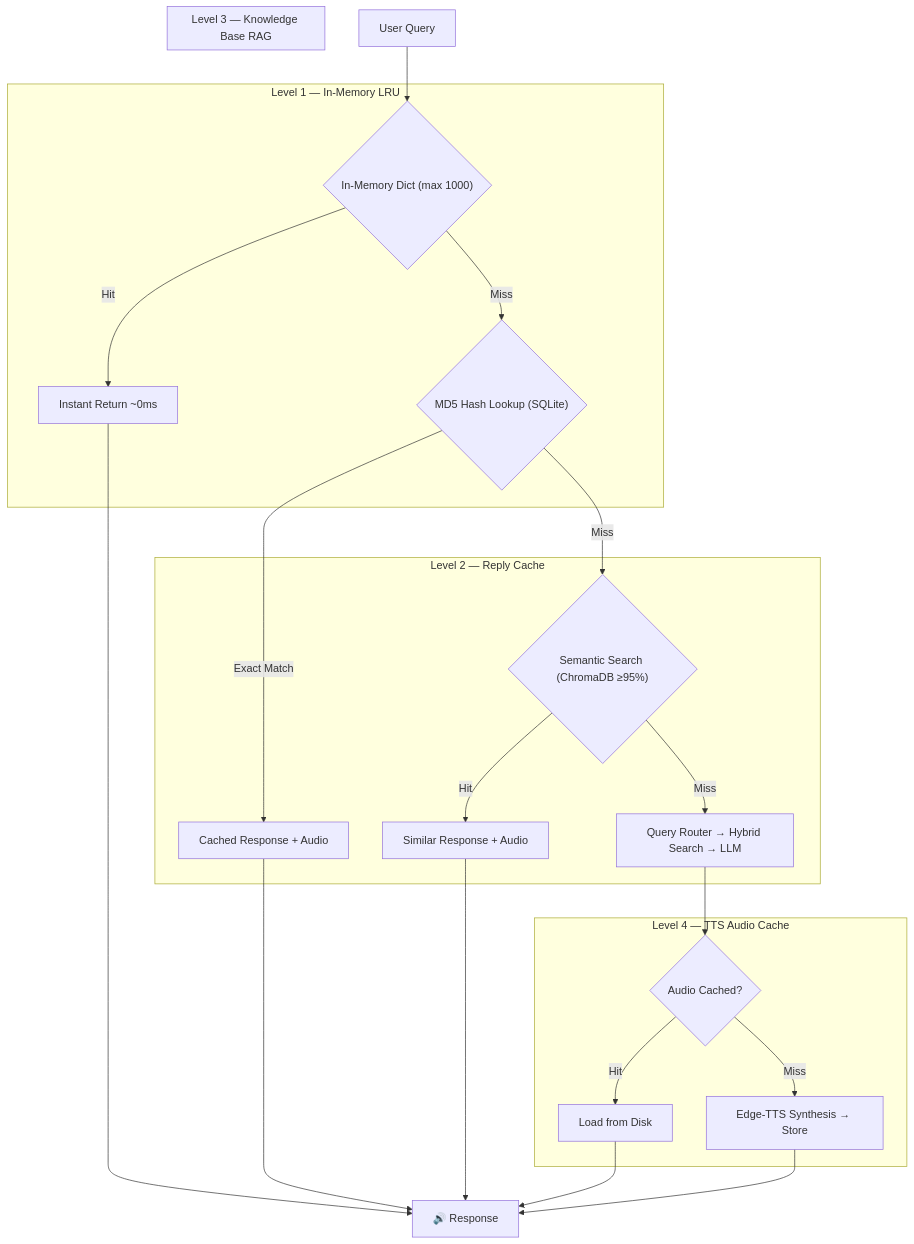
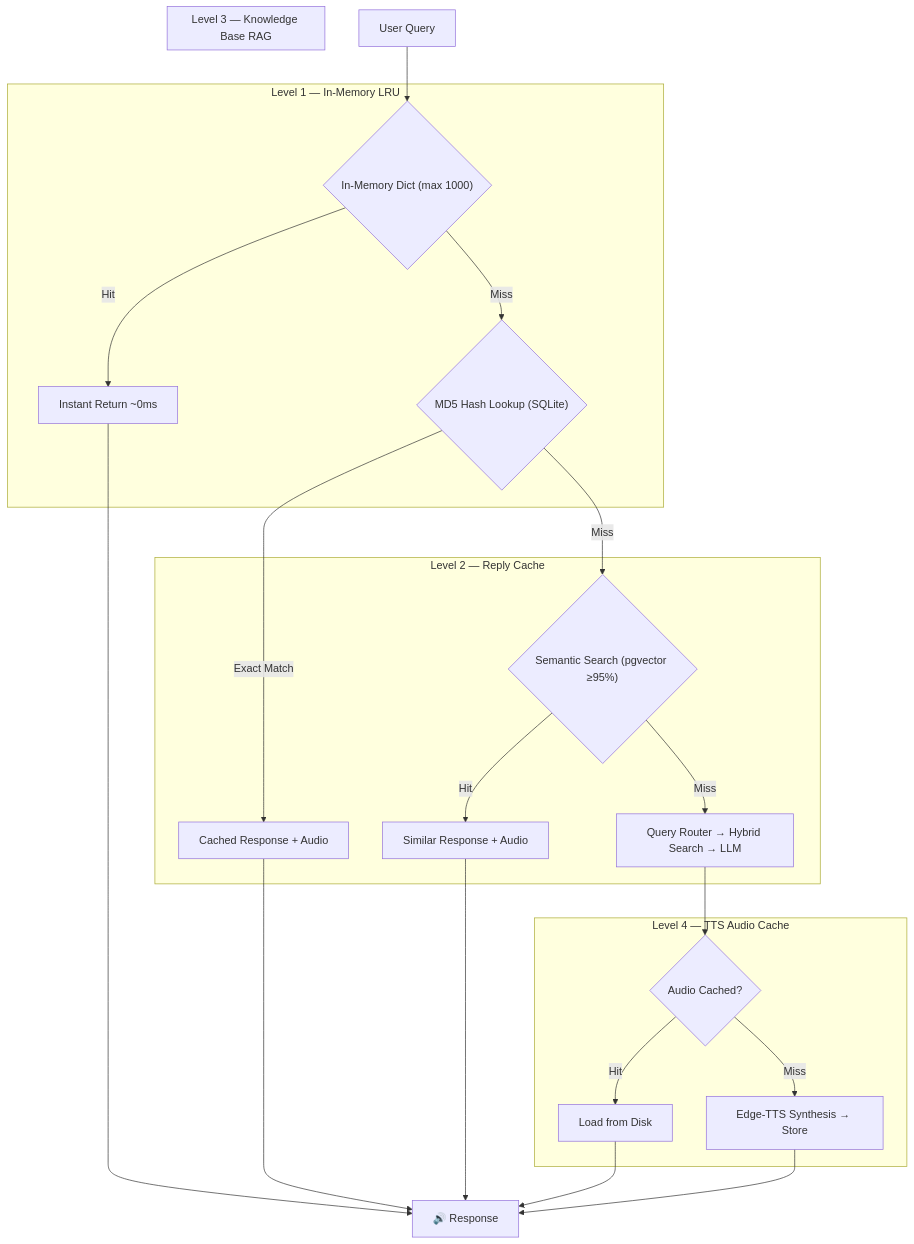
Before and after one commit to AteetVatan/echo-ai: the fifth of 11 diagrams in readme.md, drawn with Mermaid. The commit also changed other lines of this file and 553 other files, not shown here.

````diff
--- a/readme.md
+++ b/readme.md
@@ -416,31 +416,31 @@
 ```mermaid
 flowchart TD
     INPUT["User Query"] --> L1
 
     subgraph "Level 1 — In-Memory LRU"
         L1{"In-Memory Dict (max 1000)"}
         L1 -->|Hit| L1_HIT["Instant Return ~0ms"]
         L1 -->|Miss| L2
     end
 
     subgraph "Level 2 — Reply Cache"
         L2{"MD5 Hash Lookup (SQLite)"}
         L2 -->|Exact Match| L2_HIT["Cached Response + Audio"]
         L2 -->|Miss| L3
-        L3{"Semantic Search (ChromaDB ≥95%)"}
+        L3{"Semantic Search (pgvector ≥95%)"}
         L3 -->|Hit| L3_HIT["Similar Response + Audio"]
         L3 -->|Miss| KB
     end
 
     subgraph "Level 3 — Knowledge Base RAG"
         KB["Query Router → Hybrid Search → LLM"]
     end
 
     subgraph "Level 4 — TTS Audio Cache"
         KB --> TTS_CHECK{"Audio Cached?"}
         TTS_CHECK -->|Hit| TTS_HIT["Load from Disk"]
         TTS_CHECK -->|Miss| TTS_GEN["Edge-TTS Synthesis → Store"]
     end
 
     L1_HIT & L2_HIT & L3_HIT & TTS_HIT & TTS_GEN --> RESPOND["🔊 Response"]
 ```
````
